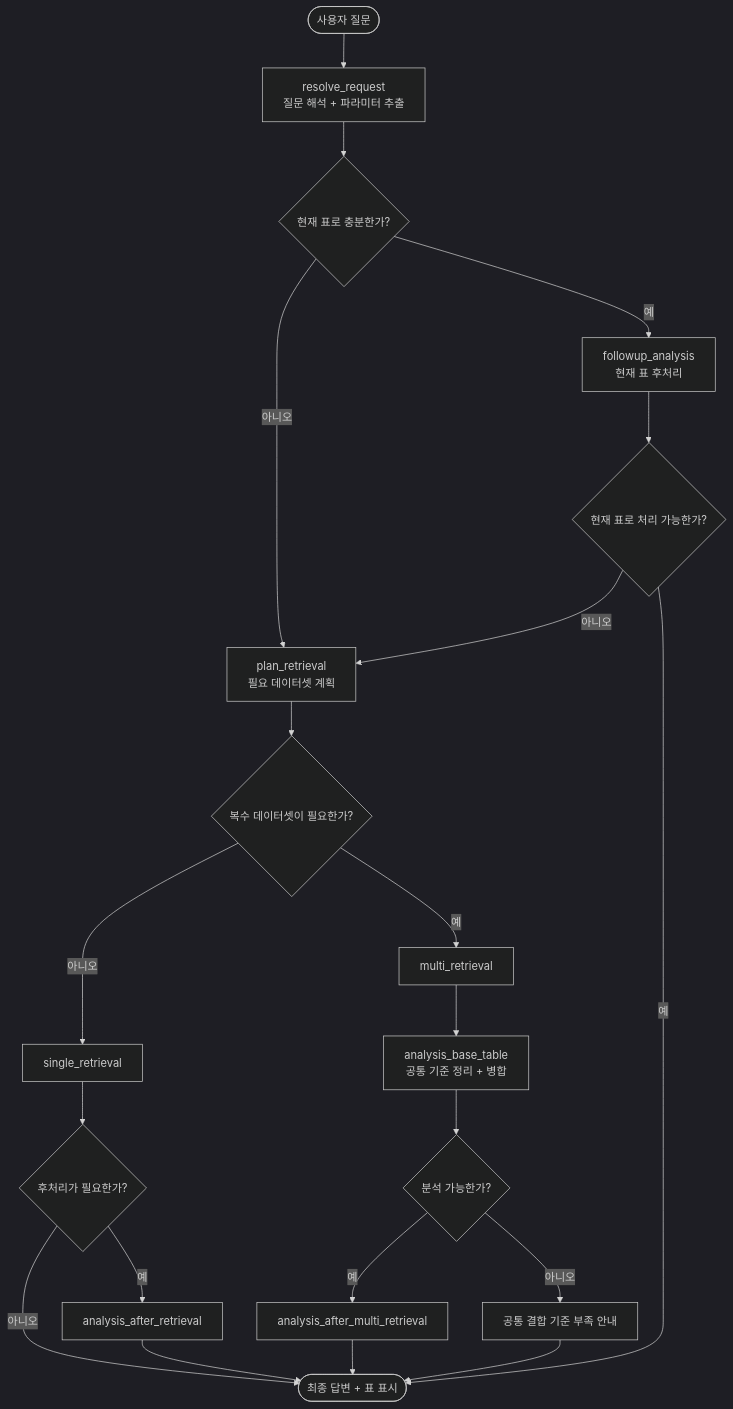
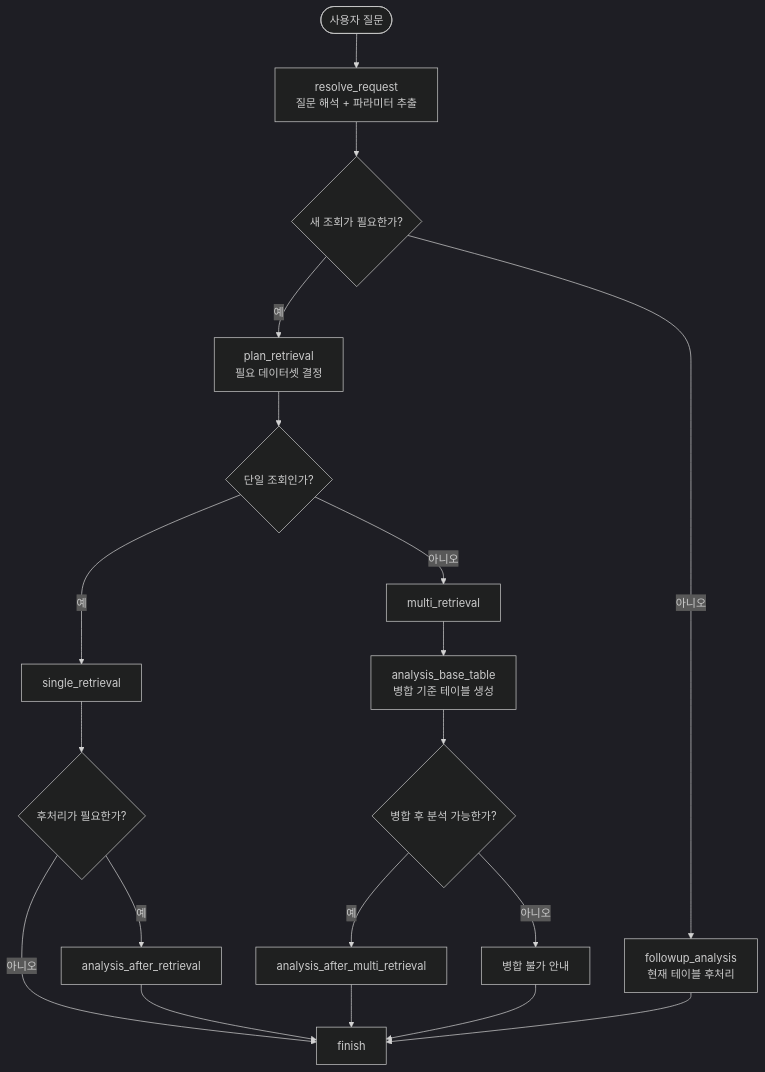
One commit to bongG-moon/agent_test_v2 changed the second of 5 diagrams in reference_materials/docs/MANUFACTURING_AGENT_DIAGRAMS.md. Above: the diagram before and after it, drawn with Mermaid (dark theme). The commit also changed other lines of this file and 15 other files, not shown here.

````diff
--- a/reference_materials/docs/MANUFACTURING_AGENT_DIAGRAMS.md
+++ b/reference_materials/docs/MANUFACTURING_AGENT_DIAGRAMS.md
@@ -47,30 +21,26 @@
 ```mermaid
 flowchart TD
     START([사용자 질문]) --> R1["resolve_request<br/>질문 해석 + 파라미터 추출"]
-    R1 --> Q{"현재 표로 충분한가?"}
+    R1 --> Q{"새 조회가 필요한가?"}
 
-    Q -->|아니오| RP["plan_retrieval<br/>필요 데이터셋 계획"]
-    Q -->|예| FA["followup_analysis<br/>현재 표 후처리"]
+    Q -->|예| RP["plan_retrieval<br/>필요 데이터셋 결정"]
+    Q -->|아니오| FA["followup_analysis<br/>현재 테이블 후처리"]
 
-    RP --> M{"복수 데이터셋이 필요한가?"}
-    M -->|아니오| SR["single_retrieval"]
-    M -->|예| MR["multi_retrieval"]
+    RP --> M{"단일 조회인가?"}
+    M -->|예| SR["single_retrieval"]
+    M -->|아니오| MR["multi_retrieval"]
 
     SR --> S1{"후처리가 필요한가?"}
+    S1 -->|예| PA1["analysis_after_retrieval"]
     S1 -->|아니오| FIN["finish"]
-    S1 -->|예| PA1["analysis_after_retrieval"]
     PA1 --> FIN
 
-    MR --> MB["analysis_base_table<br/>공통 기준 정리 + 병합"]
-    MB --> M2{"분석 가능한가?"}
+    MR --> MB["analysis_base_table<br/>병합 기준 테이블 생성"]
+    MB --> M2{"병합 후 분석 가능한가?"}
     M2 -->|예| PA2["analysis_after_multi_retrieval"]
-    M2 -->|아니오| ERR1["공통 결합 기준 부족 안내"]
+    M2 -->|아니오| ERR1["병합 불가 안내"]
     PA2 --> FIN
     ERR1 --> FIN
 
-    FA --> F1{"현재 표로 처리 가능한가?"}
-    F1 -->|예| FIN
-    F1 -->|아니오| RP
-
-    FIN([최종 답변 + 표 표시])
+    FA --> FIN
 ```
````
